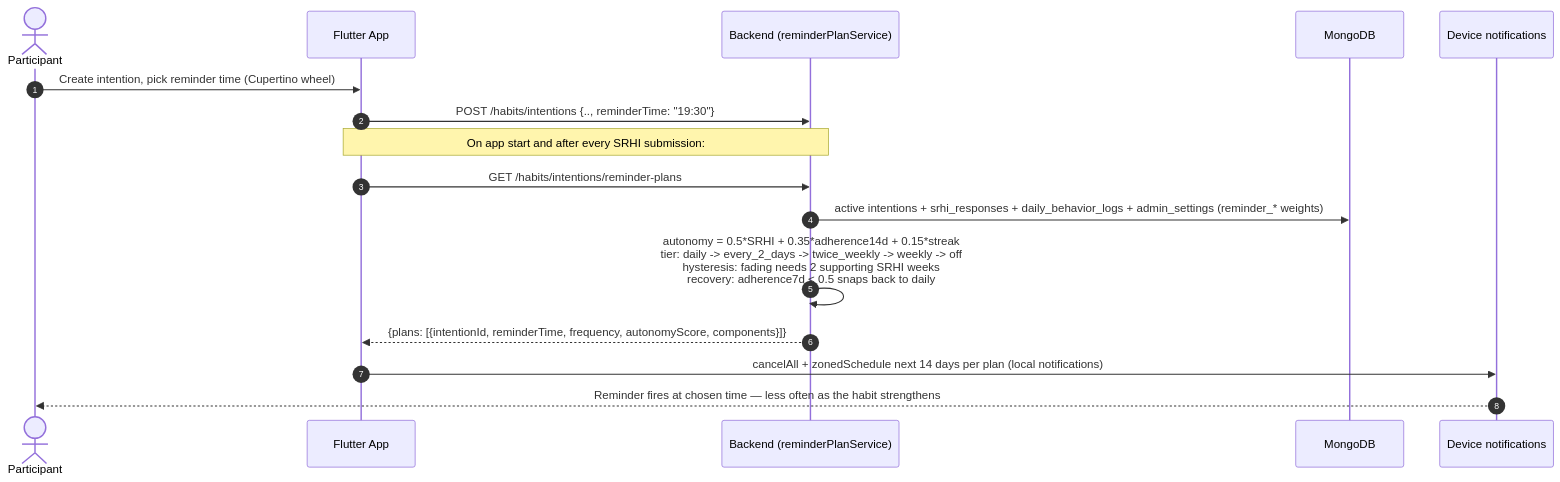
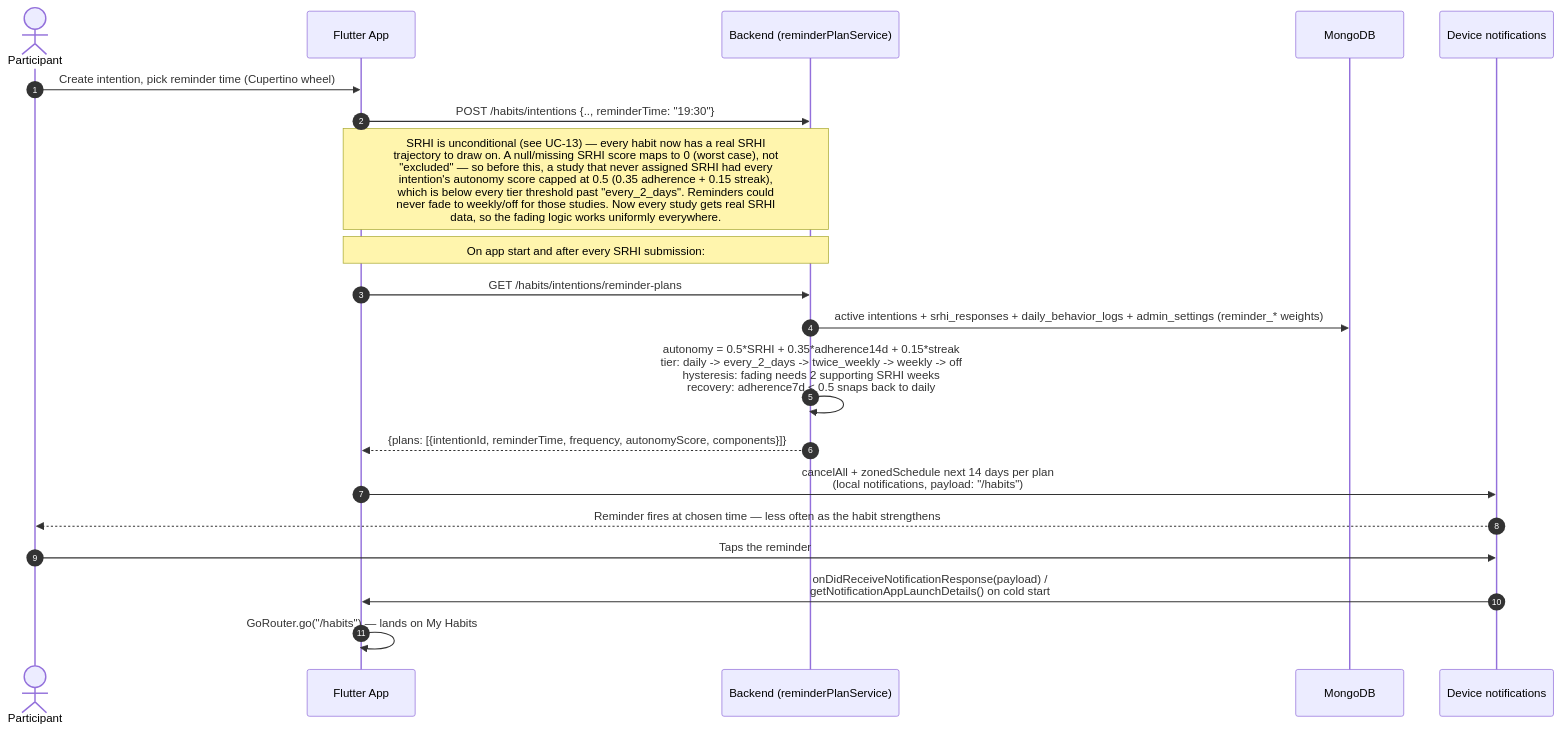
One commit to Bulgy404/health-habit-hub changed the diagram in docs/diagrams/sequences/UC-33-adaptive-reminders.mmd. Above: the diagram before and after it, drawn with Mermaid. The commit also changed 45 other files, not shown here.

```diff
--- a/docs/diagrams/sequences/UC-33-adaptive-reminders.mmd
+++ b/docs/diagrams/sequences/UC-33-adaptive-reminders.mmd
@@ -1,18 +1,22 @@
 %% UC-33 — Adaptive habit reminders (fading with habit strength)
 sequenceDiagram
     autonumber
     actor P as Participant
     participant F as Flutter App
     participant B as Backend (reminderPlanService)
     participant M as MongoDB
     participant OS as Device notifications
 
     P->>F: Create intention, pick reminder time (Cupertino wheel)
     F->>B: POST /habits/intentions {.., reminderTime: "19:30"}
+    Note over F,B: SRHI is unconditional (see UC-13) — every habit now has a real SRHI<br/>trajectory to draw on. A null/missing SRHI score maps to 0 (worst case), not<br/>"excluded" — so before this, a study that never assigned SRHI had every<br/>intention's autonomy score capped at 0.5 (0.35 adherence + 0.15 streak),<br/>which is below every tier threshold past "every_2_days". Reminders could<br/>never fade to weekly/off for those studies. Now every study gets real SRHI<br/>data, so the fading logic works uniformly everywhere.
     Note over F,B: On app start and after every SRHI submission:
     F->>B: GET /habits/intentions/reminder-plans
     B->>M: active intentions + srhi_responses + daily_behavior_logs + admin_settings (reminder_* weights)
     B->>B: autonomy = 0.5*SRHI + 0.35*adherence14d + 0.15*streak<br/>tier: daily -> every_2_days -> twice_weekly -> weekly -> off<br/>hysteresis: fading needs 2 supporting SRHI weeks<br/>recovery: adherence7d < 0.5 snaps back to daily
     B-->>F: {plans: [{intentionId, reminderTime, frequency, autonomyScore, components}]}
-    F->>OS: cancelAll + zonedSchedule next 14 days per plan (local notifications)
+    F->>OS: cancelAll + zonedSchedule next 14 days per plan<br/>(local notifications, payload: "/habits")
     OS-->>P: Reminder fires at chosen time — less often as the habit strengthens
+    P->>OS: Taps the reminder
+    OS->>F: onDidReceiveNotificationResponse(payload) /<br/>getNotificationAppLaunchDetails() on cold start
+    F->>F: GoRouter.go("/habits") — lands on My Habits
```
